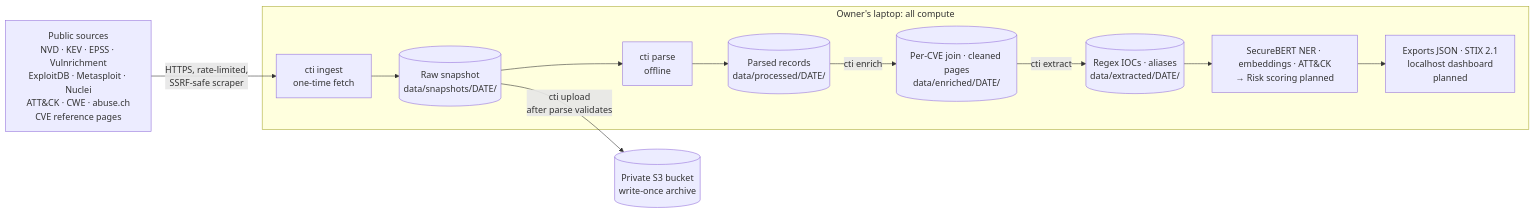
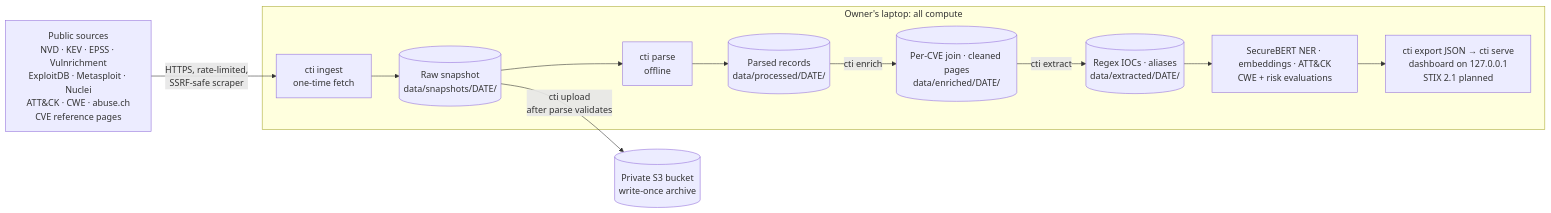
Before and after one commit to arinvandrapu/Cyber-Threat-Intelligence-System: the first of 2 diagrams in docs/architecture.md, drawn with Mermaid. The commit also changed other lines of this file and 20 other files, not shown here.

First line of the commit message:
Phase 8 PR 1: cti export and cti serve for the local dashboard

````diff
--- a/docs/architecture.md
+++ b/docs/architecture.md
@@ -12,19 +12,19 @@
 ```mermaid
 flowchart LR
     SRC[Public sources<br/>NVD · KEV · EPSS · Vulnrichment<br/>ExploitDB · Metasploit · Nuclei<br/>ATT&CK · CWE · abuse.ch<br/>CVE reference pages]
     subgraph LAPTOP[Owner's laptop: all compute]
         ING[cti ingest<br/>one-time fetch]
         SNAP[(Raw snapshot<br/>data/snapshots/DATE/)]
         PARSE[cti parse<br/>offline]
         PROC[(Parsed records<br/>data/processed/DATE/)]
         ENR[(Per-CVE join · cleaned pages<br/>data/enriched/DATE/)]
         EXT[(Regex IOCs · aliases<br/>data/extracted/DATE/)]
-        DOWN[SecureBERT NER · embeddings · ATT&CK<br/>→ Risk scoring planned]
-        OUT[Exports JSON · STIX 2.1<br/>localhost dashboard<br/>planned]
+        DOWN[SecureBERT NER · embeddings · ATT&CK<br/>CWE + risk evaluations]
+        OUT[cti export JSON → cti serve<br/>dashboard on 127.0.0.1<br/>STIX 2.1 planned]
     end
     S3[(Private S3 bucket<br/>write-once archive)]
 
     SRC -->|HTTPS, rate-limited,<br/>SSRF-safe scraper| ING --> SNAP
     SNAP --> PARSE --> PROC -->|cti enrich| ENR -->|cti extract| EXT --> DOWN --> OUT
     SNAP -->|cti upload<br/>after parse validates| S3
 ```
````
